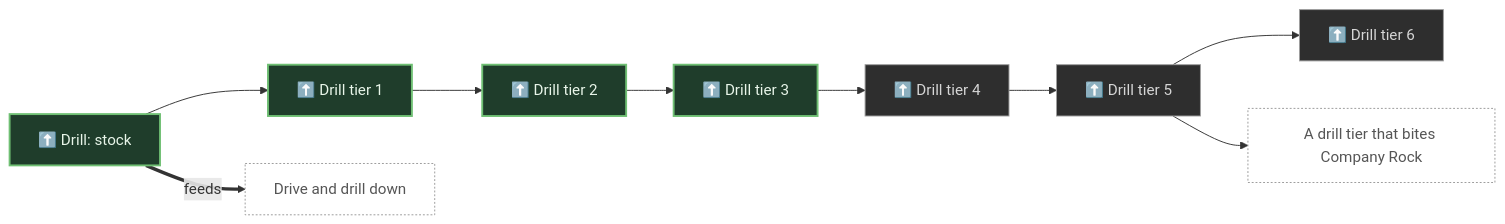
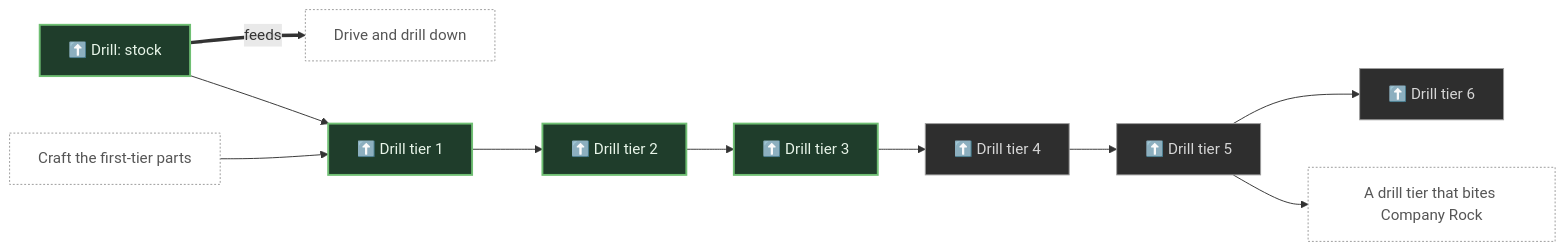
One commit to pkeppeler/deepcharter changed the fourth of 30 diagrams in docs/FEATURE-MAP.md. Above: the diagram before and after it, drawn with Mermaid. The commit also changed other lines of this file and 51 other files, not shown here.

Commit message:
Craft tier 1 of a Mole's six stock tracks as units fitted by use (#536)

````diff
--- a/docs/FEATURE-MAP.md
+++ b/docs/FEATURE-MAP.md
@@ -331,28 +337,30 @@
 ```mermaid
 flowchart LR
   n_drill_stock["⬆️ Drill: stock"]
   n_drill_t1["⬆️ Drill tier 1"]
   n_drill_t2["⬆️ Drill tier 2"]
   n_drill_t3["⬆️ Drill tier 3"]
   n_drill_t4["⬆️ Drill tier 4"]
   n_drill_t5["⬆️ Drill tier 5"]
   n_drill_t6["⬆️ Drill tier 6"]
   n_dig_down["Drive and drill down"]
+  n_parts_from_crafting["Craft the first-tier parts"]
   n_rock_drill_tier["A drill tier that bites Company Rock"]
   n_drill_stock == feeds ==> n_dig_down
   n_drill_stock --> n_drill_t1
   n_drill_t1 --> n_drill_t2
   n_drill_t2 --> n_drill_t3
   n_drill_t3 --> n_drill_t4
   n_drill_t4 --> n_drill_t5
   n_drill_t5 --> n_drill_t6
   n_drill_t5 --> n_rock_drill_tier
+  n_parts_from_crafting --> n_drill_t1
   classDef built fill:#1f3d2b,stroke:#6fbf73,stroke-width:2px,color:#e8f5e9
   classDef progress fill:#4a3a10,stroke:#f0b429,stroke-width:2px,color:#fff3d6
   classDef planned fill:#2e2e2e,stroke:#9e9e9e,stroke-width:1px,color:#d6d6d6
   classDef idea fill:#1a1a1a,stroke:#757575,stroke-width:1px,stroke-dasharray:4 3,color:#a0a0a0
   classDef ext fill:#ffffff,stroke:#999999,stroke-width:1px,stroke-dasharray:2 2,color:#555555
   class n_drill_stock,n_drill_t1,n_drill_t2,n_drill_t3 built
   class n_drill_t4,n_drill_t5,n_drill_t6 planned
-  class n_dig_down,n_rock_drill_tier ext
+  class n_dig_down,n_parts_from_crafting,n_rock_drill_tier ext
 ```
````
